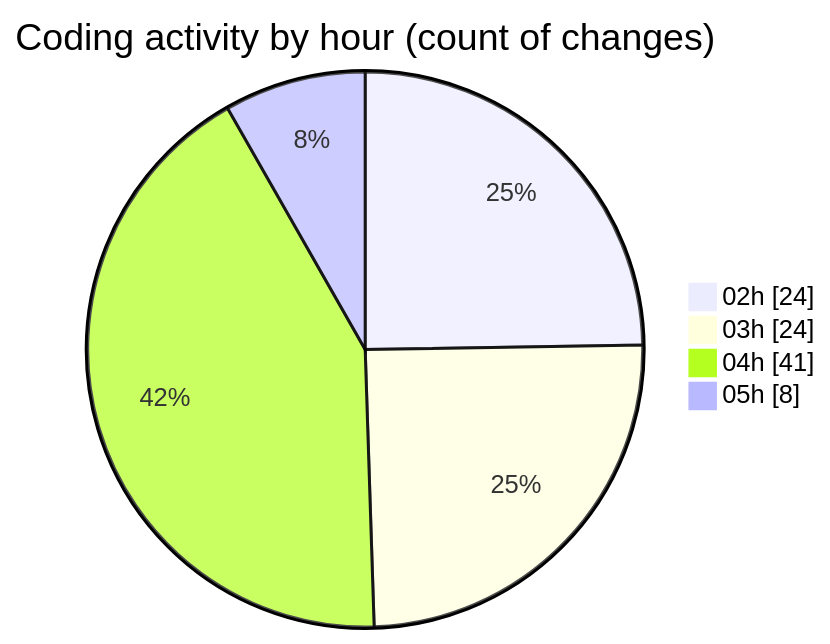
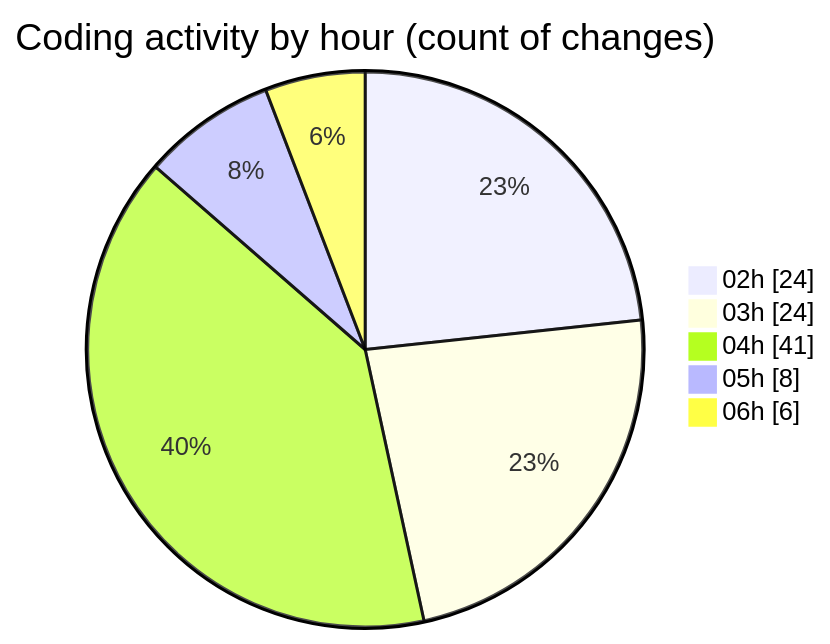
One commit to lephambinh05/code-tracking changed the second of 2 diagrams in 2025-07-23/quanlyrapchieuphim/README.md. Above: the diagram before and after it, drawn with Mermaid. The commit also changed other lines of this file and 1 other file, not shown here.

````diff
--- a/2025-07-23/quanlyrapchieuphim/README.md
+++ b/2025-07-23/quanlyrapchieuphim/README.md
@@ -38,8 +38,9 @@
 ```mermaid
 pie showData
 title Coding activity by hour (count of changes)
 "02h" : 24
 "03h" : 24
 "04h" : 41
 "05h" : 8
+"06h" : 6
 ```
````
